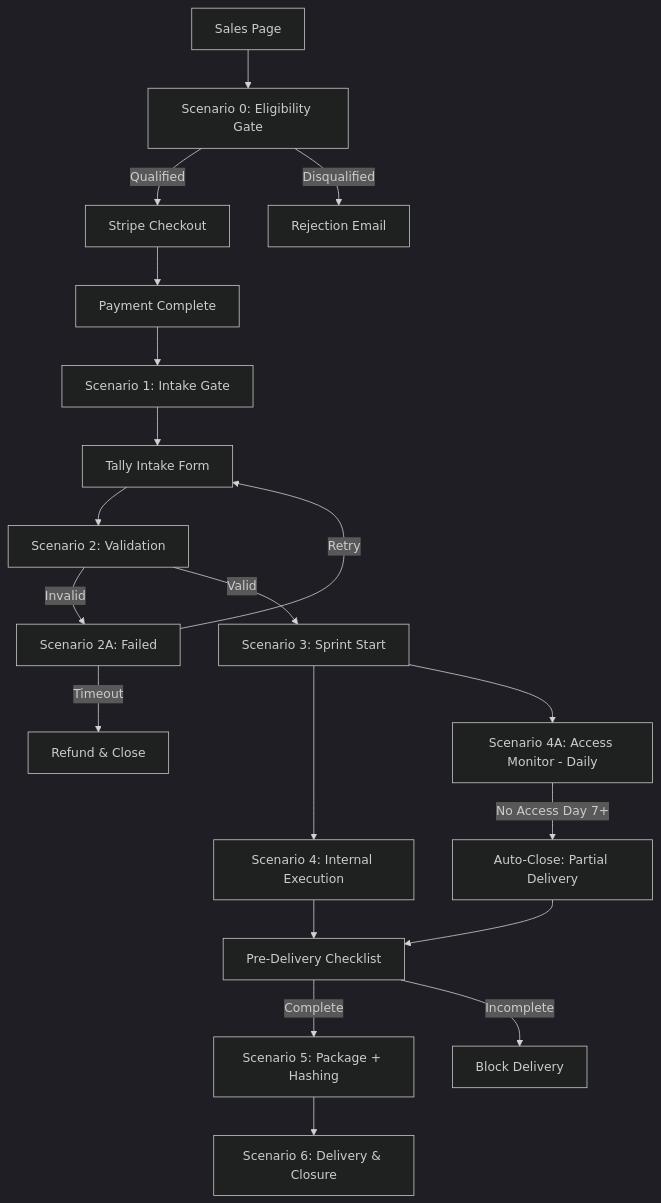
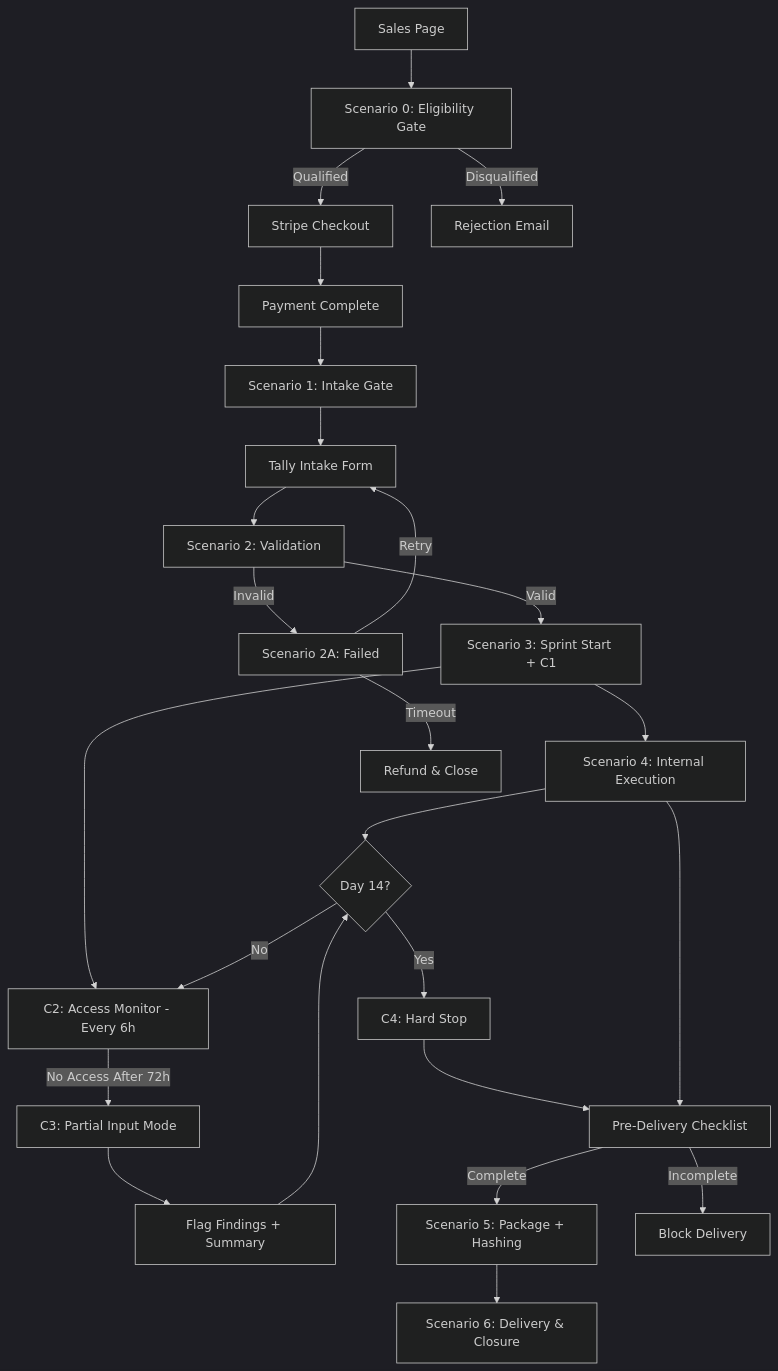
One commit to CrisisCore-Systems/node-null-control changed the eighth of 8 diagrams in automation/service_wiring.md. Above: the diagram before and after it, drawn with Mermaid (dark theme). The commit also changed other lines of this file and 3 other files, not shown here.

Commit message:
Refine TDKS: 72h access window, C1-C4 scenarios, hard stop at Day 14

````diff
--- a/automation/service_wiring.md
+++ b/automation/service_wiring.md
@@ -668,23 +750,28 @@
 ```mermaid
 flowchart TD
     Sales[Sales Page] --> S0[Scenario 0: Eligibility Gate]
     S0 -->|Qualified| Checkout[Stripe Checkout]
     S0 -->|Disqualified| Reject[Rejection Email]
     Checkout --> Payment[Payment Complete]
     Payment --> S1[Scenario 1: Intake Gate]
     S1 --> Intake[Tally Intake Form]
     Intake --> S2[Scenario 2: Validation]
     S2 -->|Invalid| S2A[Scenario 2A: Failed]
-    S2 -->|Valid| S3[Scenario 3: Sprint Start]
+    S2 -->|Valid| S3[Scenario 3: Sprint Start + C1]
     S3 --> S4[Scenario 4: Internal Execution]
-    S3 --> S4A[Scenario 4A: Access Monitor - Daily]
-    S4A -->|No Access Day 7+| AutoClose[Auto-Close: Partial Delivery]
-    S4 --> PreCheck[Pre-Delivery Checklist]
-    AutoClose --> PreCheck
+    S3 --> C2[C2: Access Monitor - Every 6h]
+    C2 -->|No Access After 72h| C3[C3: Partial Input Mode]
+    C3 --> FlagAll[Flag Findings + Summary]
+    S4 --> Day14{Day 14?}
+    FlagAll --> Day14
+    Day14 -->|Yes| C4[C4: Hard Stop]
+    Day14 -->|No| C2
+    C4 --> PreCheck[Pre-Delivery Checklist]
+    S4 --> PreCheck
     PreCheck -->|Complete| S5[Scenario 5: Package + Hashing]
     PreCheck -->|Incomplete| Block[Block Delivery]
     S5 --> S6[Scenario 6: Delivery & Closure]
     
     S2A -->|Retry| Intake
     S2A -->|Timeout| Refund[Refund & Close]
 ```
````
